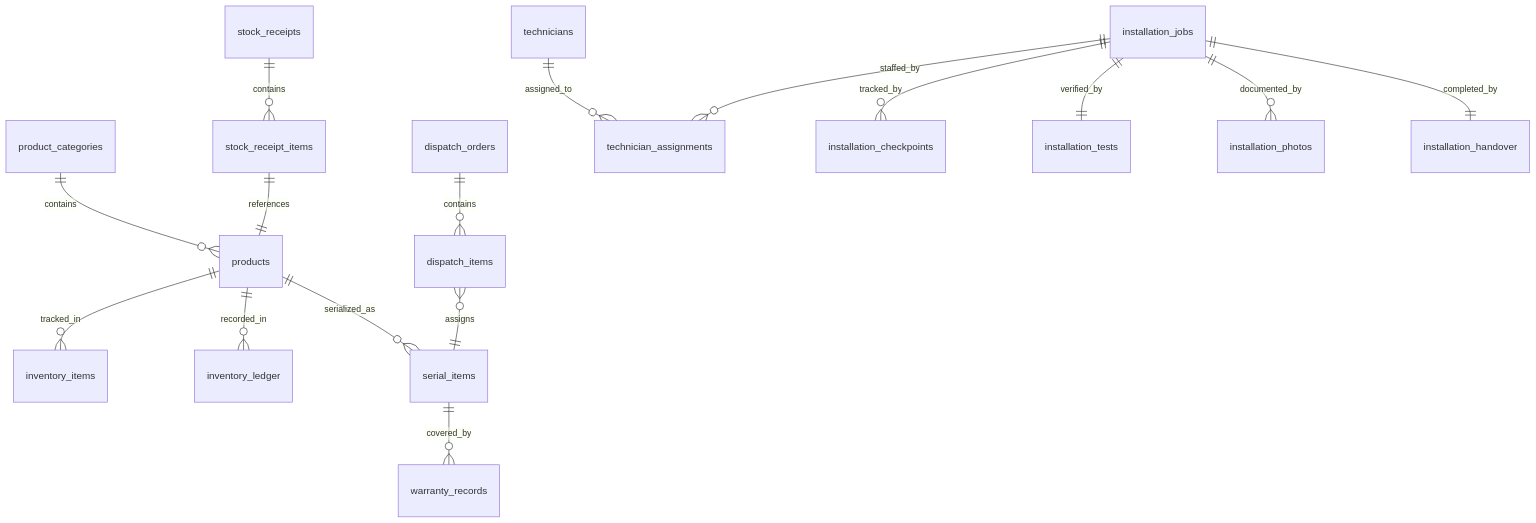
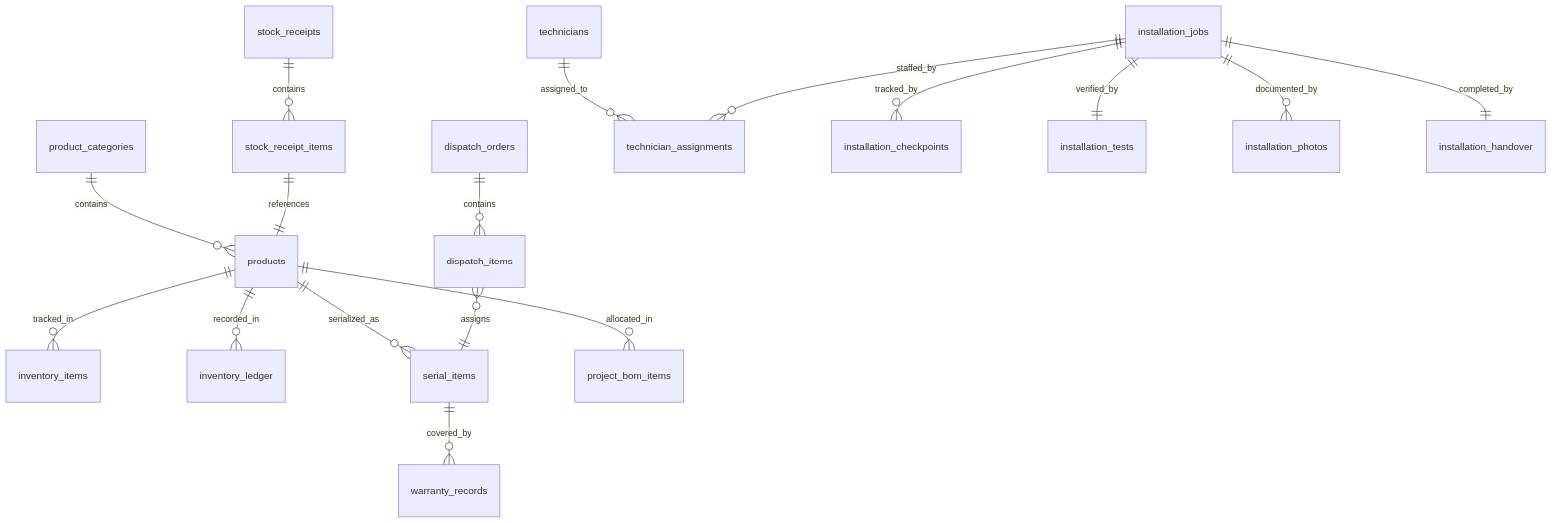
One commit to rukminiraut412/Solar-Installation-Manegement-System changed the second of 3 diagrams in docs/contracts/operations.md. Above: the diagram before and after it, drawn with Mermaid. The commit also changed other lines of this file, not shown here.

````diff
--- a/docs/contracts/operations.md
+++ b/docs/contracts/operations.md
@@ -552,22 +667,23 @@
 ```mermaid
 erDiagram
     product_categories ||--o{ products : contains
     products ||--o{ inventory_items : tracked_in
     products ||--o{ inventory_ledger : recorded_in
     products ||--o{ serial_items : serialized_as
+    products ||--o{ project_bom_items : allocated_in
     
     stock_receipts ||--o{ stock_receipt_items : contains
     stock_receipt_items ||--|| products : references
     
     dispatch_orders ||--o{ dispatch_items : contains
     dispatch_items }o--|| serial_items : assigns
     
     technicians ||--o{ technician_assignments : assigned_to
     installation_jobs ||--o{ technician_assignments : staffed_by
     installation_jobs ||--o{ installation_checkpoints : tracked_by
     installation_jobs ||--|| installation_tests : verified_by
     installation_jobs ||--o{ installation_photos : documented_by
     installation_jobs ||--|| installation_handover : completed_by
     
     serial_items ||--o{ warranty_records : covered_by
 ```
````
